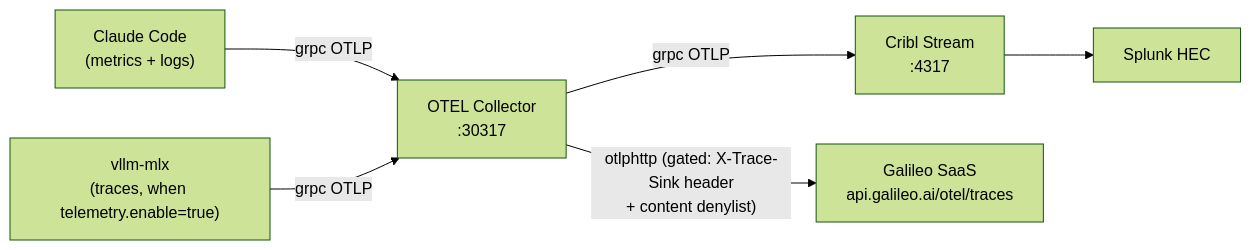
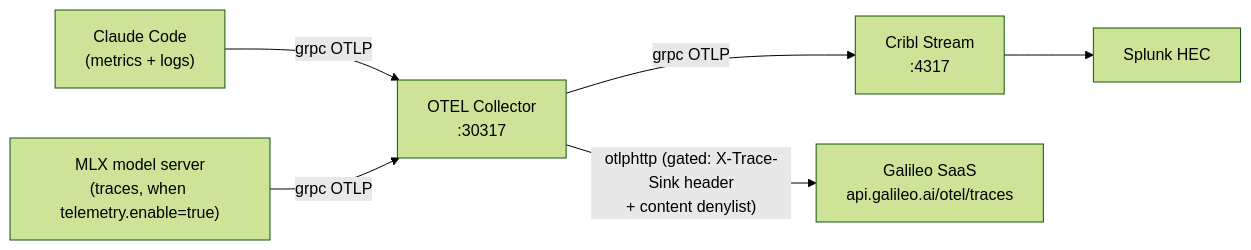
Before and after one commit to dryvist/nix-ai: the third of 4 diagrams in docs/architecture/system-integration-map.md, drawn with Mermaid (forest theme). The commit also changed other lines of this file and 5 other files, not shown here.

Commit message:
docs(architecture): correct the serving backend to mlx-lm

````diff
--- a/docs/architecture/system-integration-map.md
+++ b/docs/architecture/system-integration-map.md
@@ -125,15 +125,15 @@
 ```mermaid
 graph LR
     CC["Claude Code\n(metrics + logs)"]
-    MLX["vllm-mlx\n(traces, when telemetry.enable=true)"]
+    MLX["MLX model server\n(traces, when telemetry.enable=true)"]
     OTEL["OTEL Collector\n:30317"]
     CRIBL["Cribl Stream\n:4317"]
     SPLUNK["Splunk HEC"]
     GAL["Galileo SaaS\napi.galileo.ai/otel/traces"]
 
     CC -->|grpc OTLP| OTEL
     MLX -->|grpc OTLP| OTEL
     OTEL -->|grpc OTLP| CRIBL
     CRIBL --> SPLUNK
     OTEL -->|"otlphttp (gated: X-Trace-Sink header\n+ content denylist)"| GAL
 ```
````
